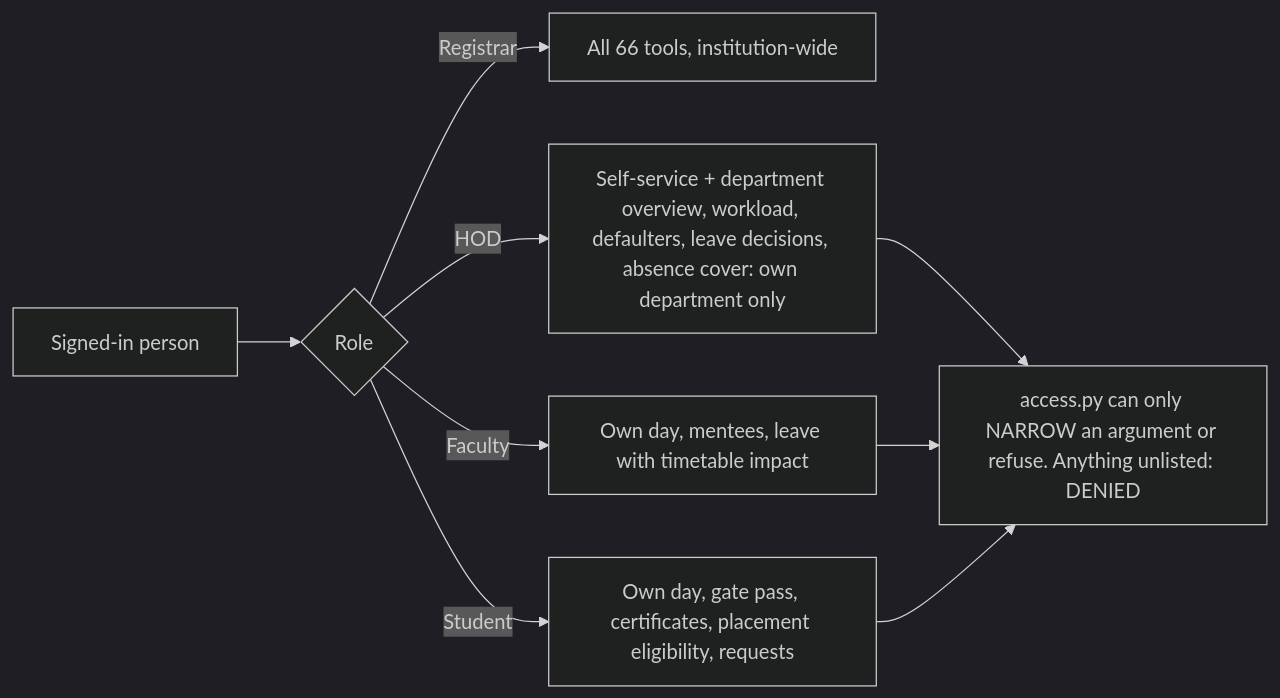
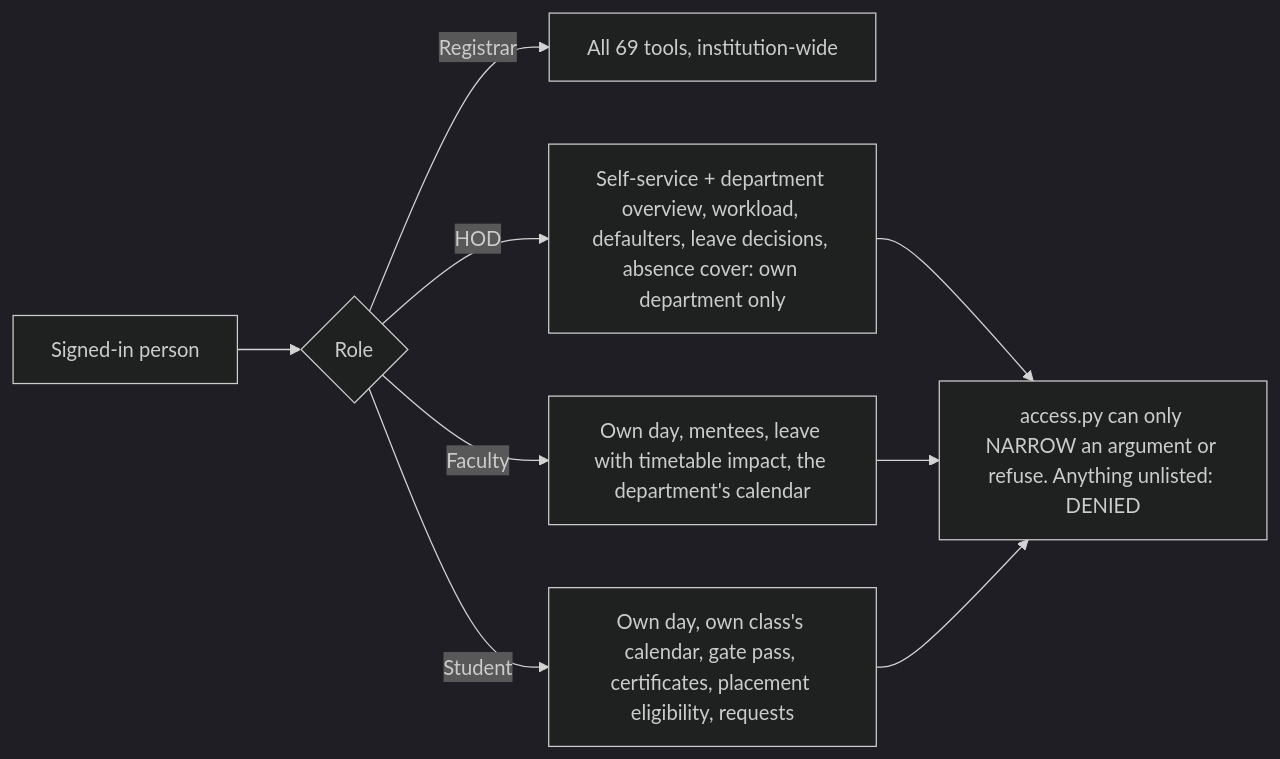
Before and after one commit to samprith02/VidyaERP: the third of 7 diagrams in README.md, drawn with Mermaid (dark theme). The commit also changed other lines of this file and 28 other files, not shown here.

````diff
--- a/README.md
+++ b/README.md
@@ -501,9 +503,9 @@
 ```mermaid
 flowchart LR
   U[Signed-in person] --> R{Role}
-  R -->|Registrar| ALL[All 66 tools, institution-wide]
+  R -->|Registrar| ALL[All 69 tools, institution-wide]
   R -->|HOD| H[Self-service + department overview, workload, defaulters, leave decisions, absence cover: own department only]
-  R -->|Faculty| F[Own day, mentees, leave with timetable impact]
-  R -->|Student| S[Own day, gate pass, certificates, placement eligibility, requests]
+  R -->|Faculty| F[Own day, mentees, leave with timetable impact, the department's calendar]
+  R -->|Student| S[Own day, own class's calendar, gate pass, certificates, placement eligibility, requests]
   H & F & S --> N[access.py can only NARROW an argument or refuse. Anything unlisted: DENIED]
 ```
````
